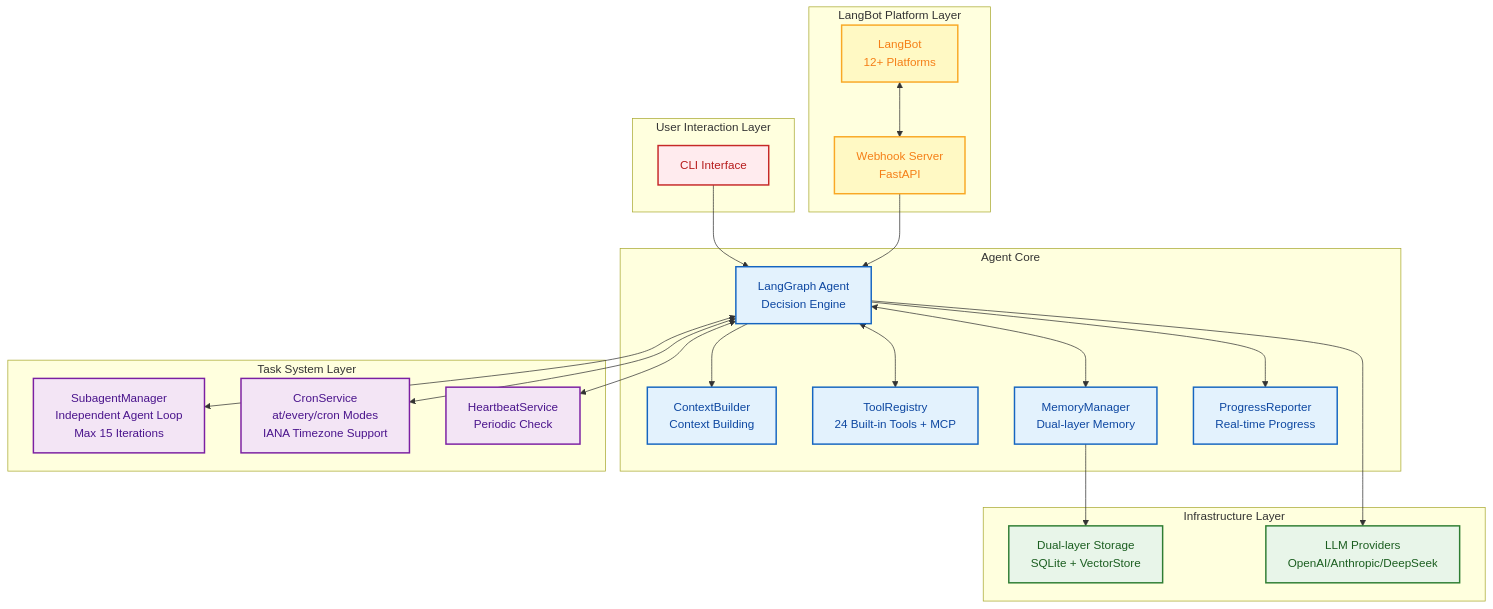
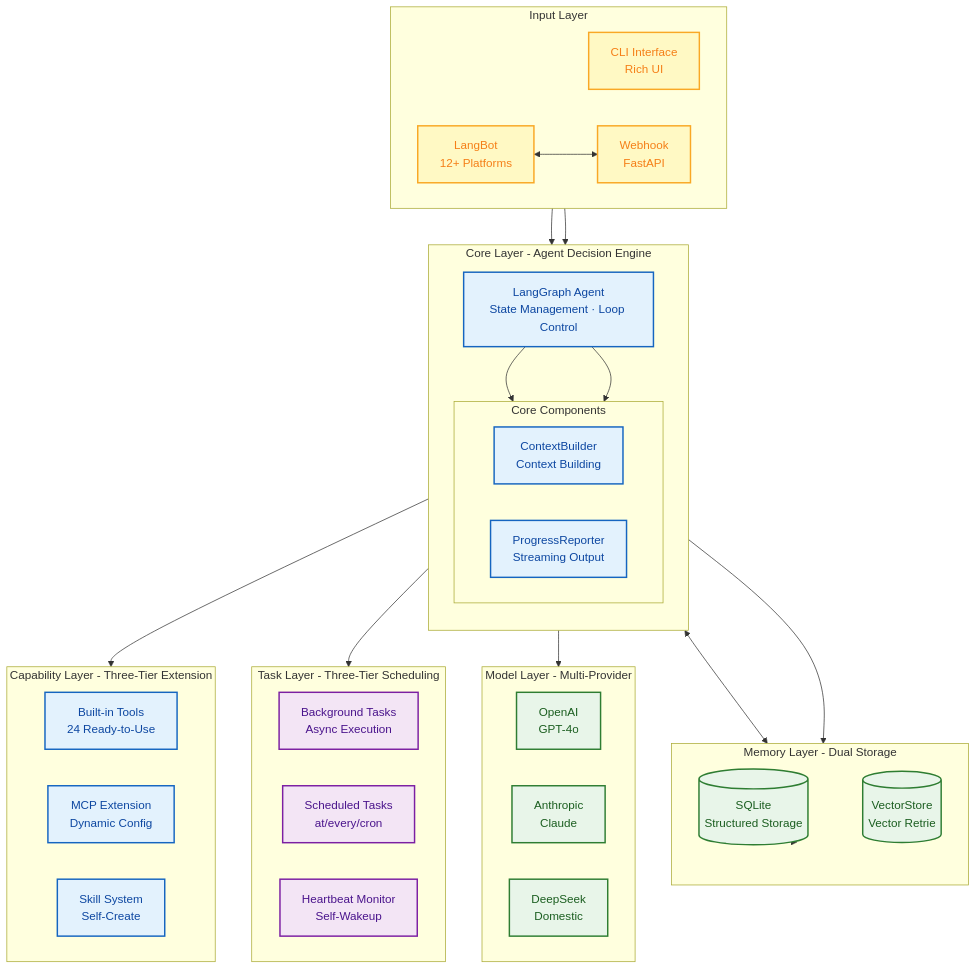
Before and after one commit to zhangjingyuan177-hue/FinchBot: the second of 16 diagrams in README.md, drawn with Mermaid. The commit also changed 4 other files, not shown here.

First line of the commit message:
docs: 优化架构图布局，采用数据流导向设计

````diff
--- a/README.md
+++ b/README.md
@@ -101,51 +101,65 @@
 ```mermaid
-graph TB
-    classDef uiLayer fill:#ffebee,stroke:#c62828,stroke-width:2px,color:#b71c1c;
-    classDef coreLayer fill:#e3f2fd,stroke:#1565c0,stroke-width:2px,color:#0d47a1;
-    classDef taskLayer fill:#f3e5f5,stroke:#7b1fa2,stroke-width:2px,color:#4a148c;
-    classDef infraLayer fill:#e8f5e9,stroke:#2e7d32,stroke-width:2px,color:#1b5e20;
-    classDef channelLayer fill:#fff9c4,stroke:#f9a825,stroke-width:2px,color:#f57f17;
+flowchart TB
+    classDef input fill:#fff9c4,stroke:#f9a825,stroke-width:2px,color:#f57f17;
+    classDef core fill:#e3f2fd,stroke:#1565c0,stroke-width:2px,color:#0d47a1;
+    classDef task fill:#f3e5f5,stroke:#7b1fa2,stroke-width:2px,color:#4a148c;
+    classDef infra fill:#e8f5e9,stroke:#2e7d32,stroke-width:2px,color:#1b5e20;
 
-    subgraph UI [User Interaction Layer]
-        CLI[CLI Interface]:::uiLayer
+    subgraph Input [Input Layer]
+        direction LR
+        CLI[CLI Interface<br/>Rich UI]:::input
+        LB[LangBot<br/>12+ Platforms]:::input
+        Webhook[Webhook<br/>FastAPI]:::input
     end
 
-    subgraph LangBot [LangBot Platform Layer]
-        Webhook[Webhook Server<br/>FastAPI]:::channelLayer
-        LB[LangBot<br/>12+ Platforms]:::channelLayer
+    subgraph Core [Core Layer - Agent Decision Engine]
+        direction TB
+        Agent[LangGraph Agent<br/>State Management · Loop Control]:::core
+        subgraph CoreModules [Core Components]
+            direction LR
+            Context[ContextBuilder<br/>Context Building]:::core
+            Streaming[ProgressReporter<br/>Streaming Output]:::core
+        end
     end
 
-    subgraph Core [Agent Core]
-        Agent[LangGraph Agent<br/>Decision Engine]:::coreLayer
-        Context[ContextBuilder<br/>Context Building]:::coreLayer
-        Tools[ToolRegistry<br/>24 Built-in Tools + MCP]:::coreLayer
-        Memory[MemoryManager<br/>Dual-layer Memory]:::coreLayer
-        Streaming[ProgressReporter<br/>Real-time Progress]:::coreLayer
+    subgraph Capabilities [Capability Layer - Three-Tier Extension]
+        direction LR
+        BuiltIn[Built-in Tools<br/>24 Ready-to-Use]:::core
+        MCP[MCP Extension<br/>Dynamic Config]:::core
+        Skills[Skill System<br/>Self-Create]:::core
     end
 
-    subgraph Task [Task System Layer]
-        SubagentMgr[SubagentManager<br/>Independent Agent Loop<br/>Max 15 Iterations]:::taskLayer
-        CronSvc[CronService<br/>at/every/cron Modes<br/>IANA Timezone Support]:::taskLayer
-        Heartbeat[HeartbeatService<br/>Periodic Check]:::taskLayer
+    subgraph Task [Task Layer - Three-Tier Scheduling]
+        direction LR
+        BG[Background Tasks<br/>Async Execution]:::task
+        Cron[Scheduled Tasks<br/>at/every/cron]:::task
+        Heart[Heartbeat Monitor<br/>Self-Wakeup]:::task
     end
 
-    subgraph Infra [Infrastructure Layer]
-        Storage[Dual-layer Storage<br/>SQLite + VectorStore]:::infraLayer
-        LLM[LLM Providers<br/>OpenAI/Anthropic/DeepSeek]:::infraLayer
+    subgraph Memory [Memory Layer - Dual Storage]
+        direction LR
+        SQLite[(SQLite<br/>Structured Storage)]:::infra
+        Vector[(VectorStore<br/>Vector Retrie)]:::infra
+    end
+
+    subgraph LLM [Model Layer - Multi-Provider]
+        direction LR
+        OpenAI[OpenAI<br/>GPT-4o]:::infra
+        Anthropic[Anthropic<br/>Claude]:::infra
+        DeepSeek[DeepSeek<br/>Domestic]:::infra
     end
 
     CLI --> Agent
     LB <--> Webhook
     Webhook --> Agent
 
     Agent --> Context
-    Agent <--> Tools
+    Agent --> Streaming
+    Agent --> Capabilities
+    Agent --> Task
     Agent <--> Memory
-    Agent --> Streaming
-    Agent <--> SubagentMgr
-    Agent <--> CronSvc
-    Agent <--> Heartbeat
-
-    Memory --> Storage
     Agent --> LLM
+    Context --> Memory
+    Memory --> SQLite
+    Memory --> Vector
 ```
````
